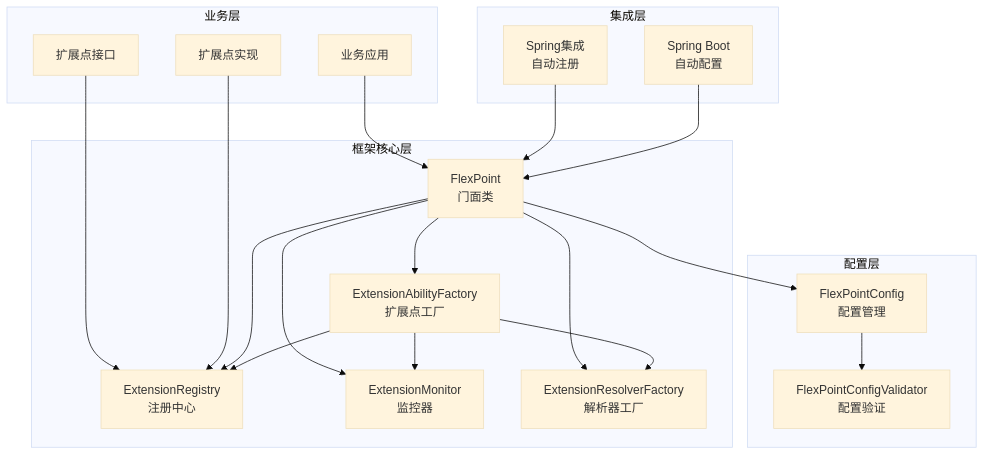
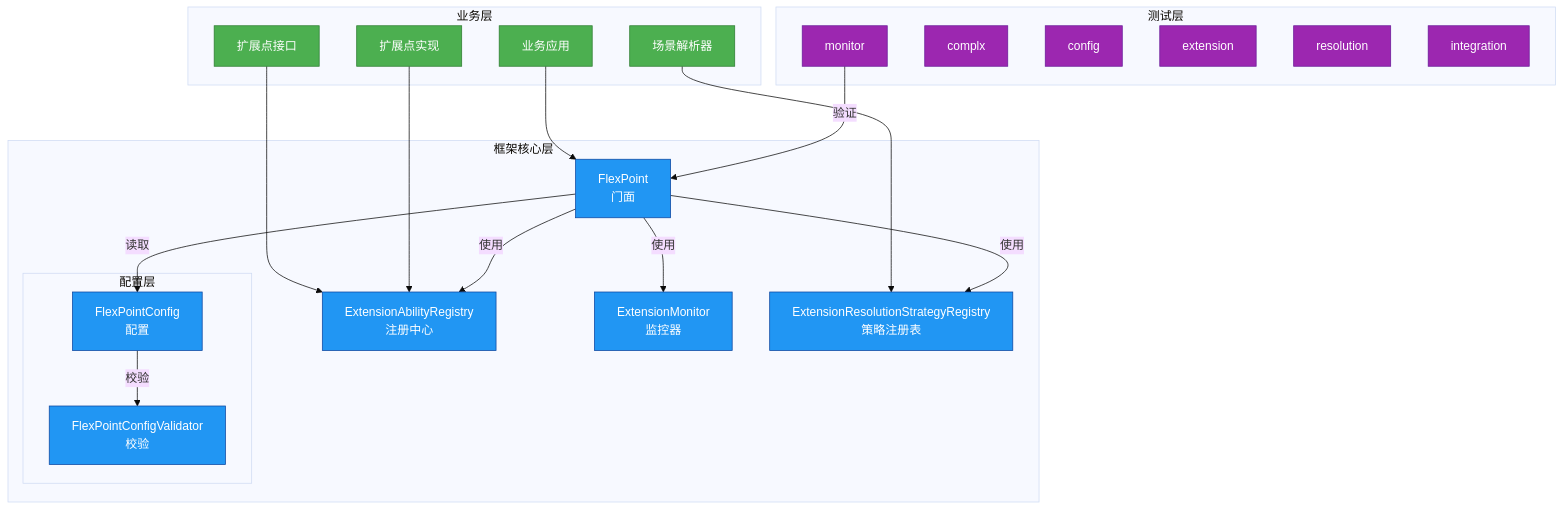
Before and after one commit to xiangganLuo/flex-point: the diagram in statics/ARCHITECTURE.md, drawn with Mermaid (base theme). The commit also changed other lines of this file and 57 other files, not shown here.

````diff
--- a/statics/ARCHITECTURE.md
+++ b/statics/ARCHITECTURE.md
@@ -14,45 +17,52 @@
 ```mermaid
 graph TB
-    subgraph "业务层"
+    %% ===== 业务层 =====
+    subgraph 业务层
         A1[业务应用]
         A2[扩展点接口]
         A3[扩展点实现]
+        A4[场景解析器]
     end
+
+    %% ===== 框架核心层 =====
+    subgraph 框架核心层
+        B1[FlexPoint<br/>门面]
+        B2[ExtensionAbilityRegistry<br/>注册中心]
+        B3[ExtensionMonitor<br/>监控器]
+        B4[ExtensionResolutionStrategyRegistry<br/>策略注册表]
+				%% ===== 配置层 =====
+				subgraph 配置层
+          C1[FlexPointConfig<br/>配置]
+          C2[FlexPointConfigValidator<br/>校验]
+    		end
+    end
+
+    %% ===== 测试层 =====
+    subgraph 测试层
+        D[monitor]
+      	D2[complx]
+      	D3[config]
+      	D4[extension]
+      	D5[resolution]
+      	D6[integration]
+    end
+
+    %% ===== 简化后的关系 =====
+    A1 --> B1
+    A2 & A3 --> B2
+    A4 --> B4
+    B1 -->|使用| B2
+    B1 -->|使用| B3
+    B1 -->|使用| B4
+    B1 -->|读取| C1
+    C1 -->|校验| C2
+    D -->|验证| B1
     
-    subgraph "框架核心层"
-        B1[FlexPoint<br/>门面类]
-        B2[ExtensionAbilityFactory<br/>扩展点工厂]
-        B3[ExtensionRegistry<br/>注册中心]
-        B4[ExtensionMonitor<br/>监控器]
-        B5[ExtensionResolverFactory<br/>解析器工厂]
-    end
-    
-    subgraph "配置层"
-        C1[FlexPointConfig<br/>配置管理]
-        C2[FlexPointConfigValidator<br/>配置验证]
-    end
-    
-    subgraph "集成层"
-        D1[Spring集成<br/>自动注册]
-        D2[Spring Boot<br/>自动配置]
-    end
-    
-    A1 --> B1
-    A2 --> B3
-    A3 --> B3
-    
-    B1 --> B2
-    B1 --> B3
-    B1 --> B4
-    B1 --> B5
-    B1 --> C1
-    
-    B2 --> B3
-    B2 --> B4
-    B2 --> B5
-    
-    C1 --> C2
-    
-    D1 --> B1
-    D2 --> B1
+    %% ===== 样式定义 =====
+    classDef business fill:#4CAF50,stroke:#2E7D32,color:white
+    classDef core fill:#2196F3,stroke:#0D47A1,color:white
+    classDef test fill:#9C27B0,stroke:#6A1B9A,color:white
+    class A1,A2,A3,A4 business
+    class B1,B2,B3,B4,C1,C2 core
+    class D,D2,D3,D4,D5,D6 test
 ```
````
